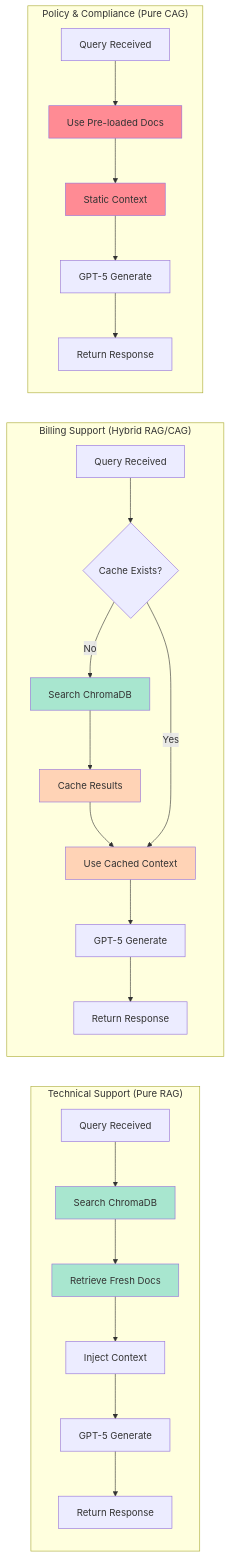
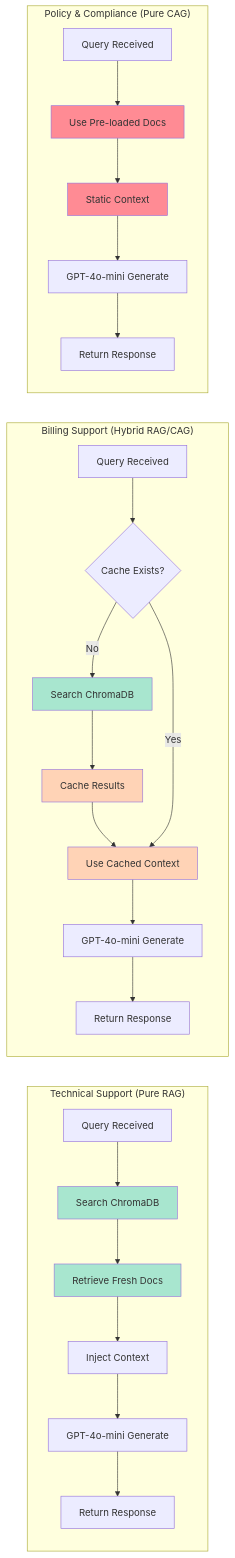
Before and after one commit to Graceli95/Agentic_Customer_Project1: the fourth of 8 diagrams in FLOWCHARTS.md, drawn with Mermaid. The commit also changed other lines of this file and 11 other files, not shown here.

````diff
--- a/FLOWCHARTS.md
+++ b/FLOWCHARTS.md
@@ -189,40 +197,40 @@
 ```mermaid
 graph LR
     subgraph Technical["Technical Support (Pure RAG)"]
         direction TB
         T1[Query Received] --> T2[Search ChromaDB]
         T2 --> T3[Retrieve Fresh Docs]
         T3 --> T4[Inject Context]
-        T4 --> T5[GPT-5 Generate]
+        T4 --> T5[GPT-4o-mini Generate]
         T5 --> T6[Return Response]
         
         style T2 fill:#a8e6cf
         style T3 fill:#a8e6cf
     end
     
     subgraph Billing["Billing Support (Hybrid RAG/CAG)"]
         direction TB
         B1[Query Received] --> B2{Cache Exists?}
         B2 -->|No| B3[Search ChromaDB]
         B3 --> B4[Cache Results]
         B4 --> B5[Use Cached Context]
         B2 -->|Yes| B5
-        B5 --> B6[GPT-5 Generate]
+        B5 --> B6[GPT-4o-mini Generate]
         B6 --> B7[Return Response]
         
         style B3 fill:#a8e6cf
         style B4 fill:#ffd3b6
         style B5 fill:#ffd3b6
     end
     
     subgraph Policy["Policy & Compliance (Pure CAG)"]
         direction TB
         P1[Query Received] --> P2[Use Pre-loaded Docs]
         P2 --> P3[Static Context]
-        P3 --> P4[GPT-5 Generate]
+        P3 --> P4[GPT-4o-mini Generate]
         P4 --> P5[Return Response]
         
         style P2 fill:#ff8b94
         style P3 fill:#ff8b94
     end
 ```
````
